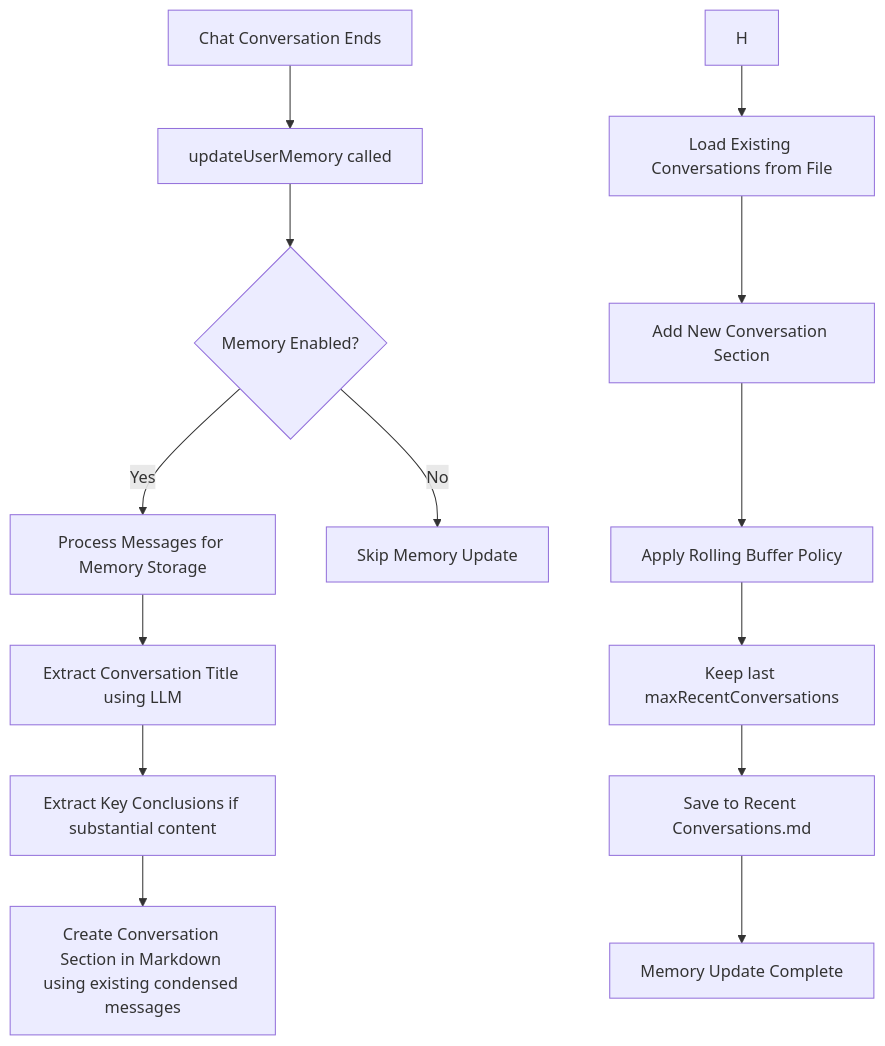
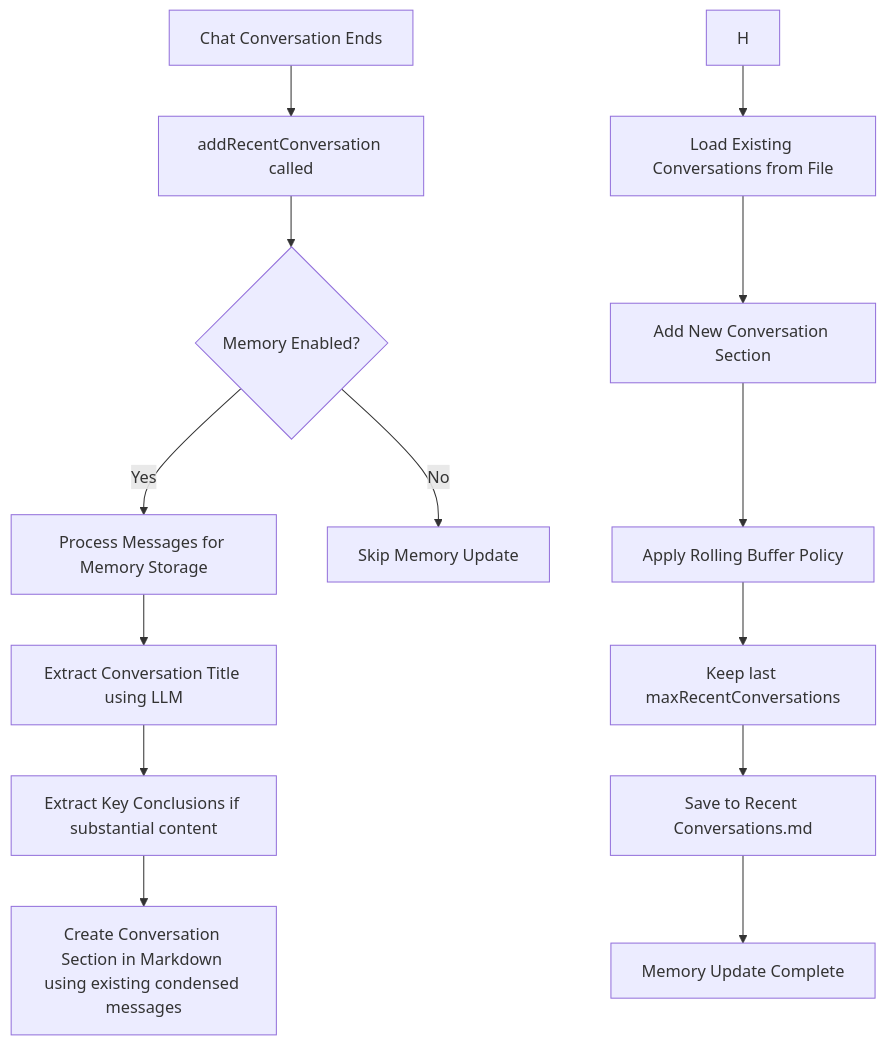
Before and after one commit to logancyang/obsidian-copilot: the diagram in src/memory/memory-design.md, drawn with Mermaid. The commit also changed other lines of this file and 5 other files, not shown here.

````diff
--- a/src/memory/memory-design.md
+++ b/src/memory/memory-design.md
@@ -9,21 +9,21 @@
 ```mermaid
 graph TD
     %% Triggers for Memory Updates
-    A[Chat Conversation Ends] --> B[updateUserMemory called]
+    A[Chat Conversation Ends] --> B[addRecentConversation called]
     B --> C{Memory Enabled?}
     C -->|Yes| D[Process Messages for Memory Storage]
     C -->|No| Z[Skip Memory Update]
 
     %% Message Processing
     D --> E[Extract Conversation Title using LLM]
     E --> F[Extract Key Conclusions if substantial content]
     F --> G[Create Conversation Section in Markdown using existing condensed messages]
 
     %% Storage and Rolling Buffer
     H --> I[Load Existing Conversations from File]
     I --> J[Add New Conversation Section]
     J --> K[Apply Rolling Buffer Policy]
     K --> L[Keep last maxRecentConversations]
     L --> M[Save to Recent Conversations.md]
     M --> N[Memory Update Complete]
 ```
````
